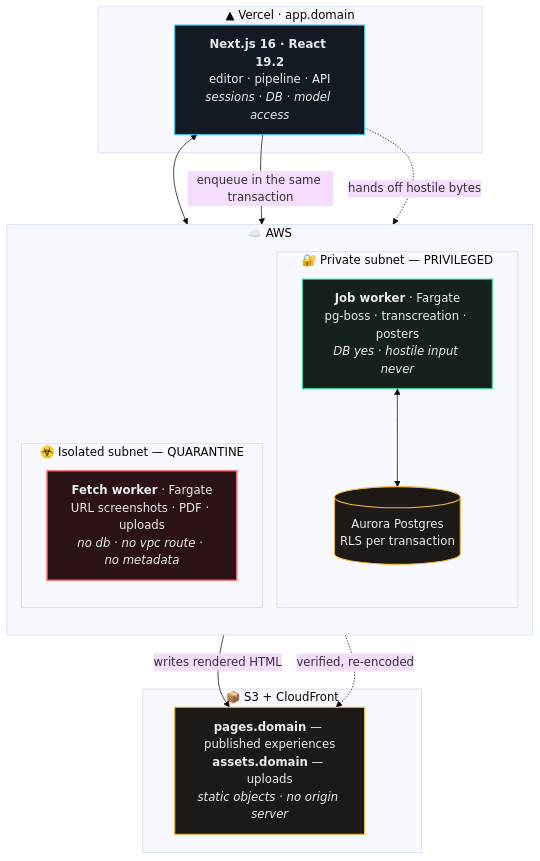
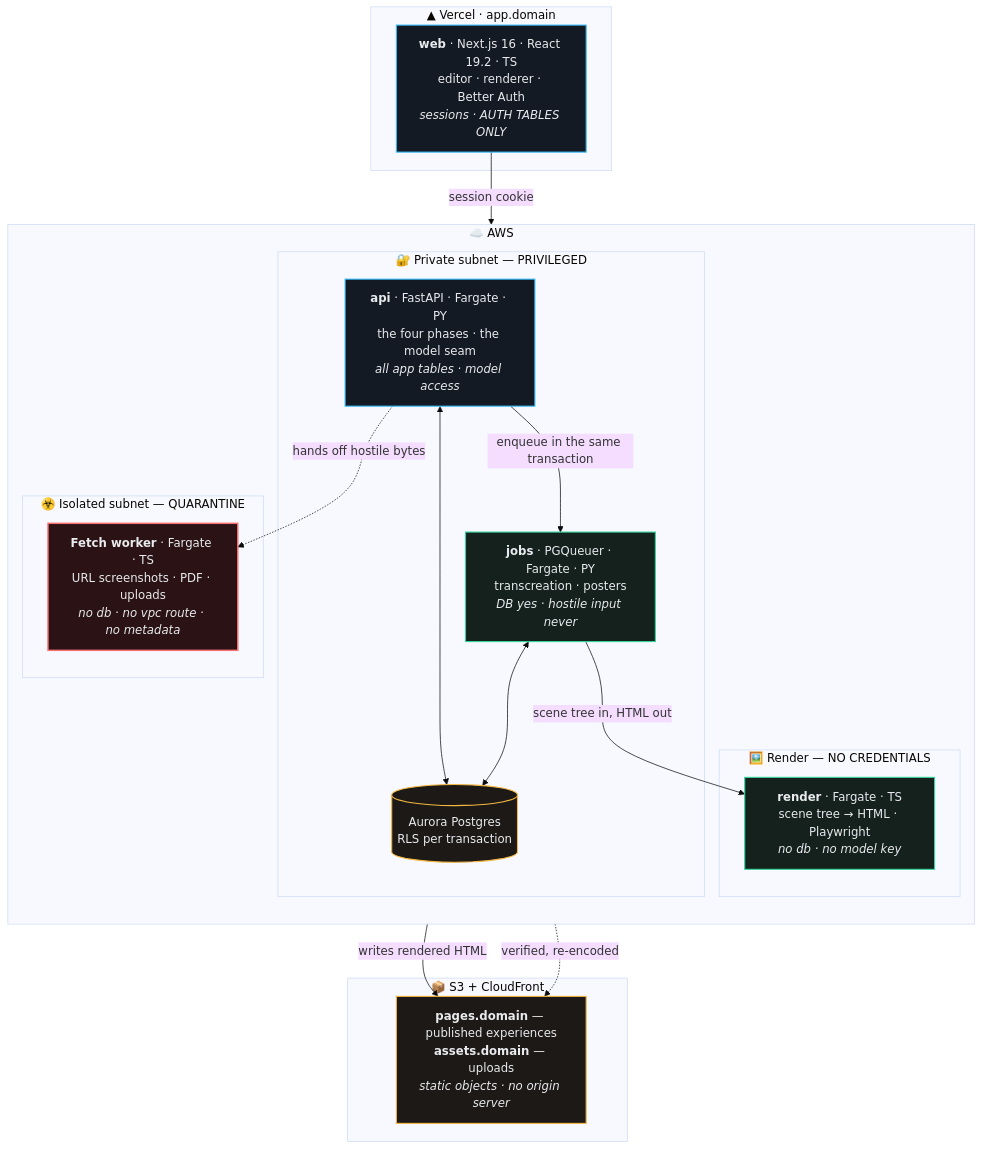
One commit to KirtanUgreja/d-design changed the fourth of 5 diagrams in README.md. Above: the diagram before and after it, drawn with Mermaid (base theme). The commit also changed other lines of this file and 46 other files, not shown here.

````diff
--- a/README.md
+++ b/README.md
@@ -258,38 +260,46 @@
 ```mermaid
 flowchart TB
     subgraph vercel["▲ Vercel · app.domain"]
-        APP["<b>Next.js 16 · React 19.2</b><br/>editor · pipeline · API<br/><i>sessions · DB · model access</i>"]
+        APP["<b>web</b> · Next.js 16 · React 19.2 · TS<br/>editor · renderer · Better Auth<br/><i>sessions · AUTH TABLES ONLY</i>"]
     end
 
     subgraph aws["☁️ AWS"]
         direction TB
         subgraph priv["🔐 Private subnet — PRIVILEGED"]
-            JOB["<b>Job worker</b> · Fargate<br/>pg-boss · transcreation · posters<br/><i>DB yes · hostile input never</i>"]
+            API["<b>api</b> · FastAPI · Fargate · PY<br/>the four phases · the model seam<br/><i>all app tables · model access</i>"]
+            JOB["<b>jobs</b> · PGQueuer · Fargate · PY<br/>transcreation · posters<br/><i>DB yes · hostile input never</i>"]
             DB[("Aurora Postgres<br/>RLS per transaction")]
         end
+        subgraph rend["🖼️ Render — NO CREDENTIALS"]
+            REN2["<b>render</b> · Fargate · TS<br/>scene tree → HTML · Playwright<br/><i>no db · no model key</i>"]
+        end
         subgraph quar["☣️ Isolated subnet — QUARANTINE"]
-            FET["<b>Fetch worker</b> · Fargate<br/>URL screenshots · PDF · uploads<br/><i>no db · no vpc route · no metadata</i>"]
+            FET["<b>Fetch worker</b> · Fargate · TS<br/>URL screenshots · PDF · uploads<br/><i>no db · no vpc route · no metadata</i>"]
         end
     end
 
     subgraph static["📦 S3 + CloudFront"]
         PAGES["<b>pages.domain</b> — published experiences<br/><b>assets.domain</b> — uploads<br/><i>static objects · no origin server</i>"]
     end
 
-    APP <--> DB
+    APP -- "session cookie" --> API
+    API <--> DB
     JOB <--> DB
-    APP -- "enqueue in the same transaction" --> JOB
-    JOB -- "writes rendered HTML" --> PAGES
-    APP -. "hands off hostile bytes" .-> FET
+    API -- "enqueue in the same transaction" --> JOB
+    JOB -- "scene tree in, HTML out" --> REN2
+    REN2 -- "writes rendered HTML" --> PAGES
+    API -. "hands off hostile bytes" .-> FET
     FET -. "verified, re-encoded" .-> PAGES
 
     classDef app fill:#131A24,stroke:#38BDF8,stroke-width:1.5px,color:#E8EAED
     classDef safe fill:#14211C,stroke:#34D399,stroke-width:1.5px,color:#E8EAED
     classDef danger fill:#2A1215,stroke:#F87171,stroke-width:2px,color:#E8EAED
     classDef store fill:#1C1917,stroke:#F4B740,stroke-width:1.5px,color:#E8EAED
     class APP app
+    class API app
     class JOB safe
+    class REN2 safe
     class DB store
     class FET danger
     class PAGES store
 ```
````
